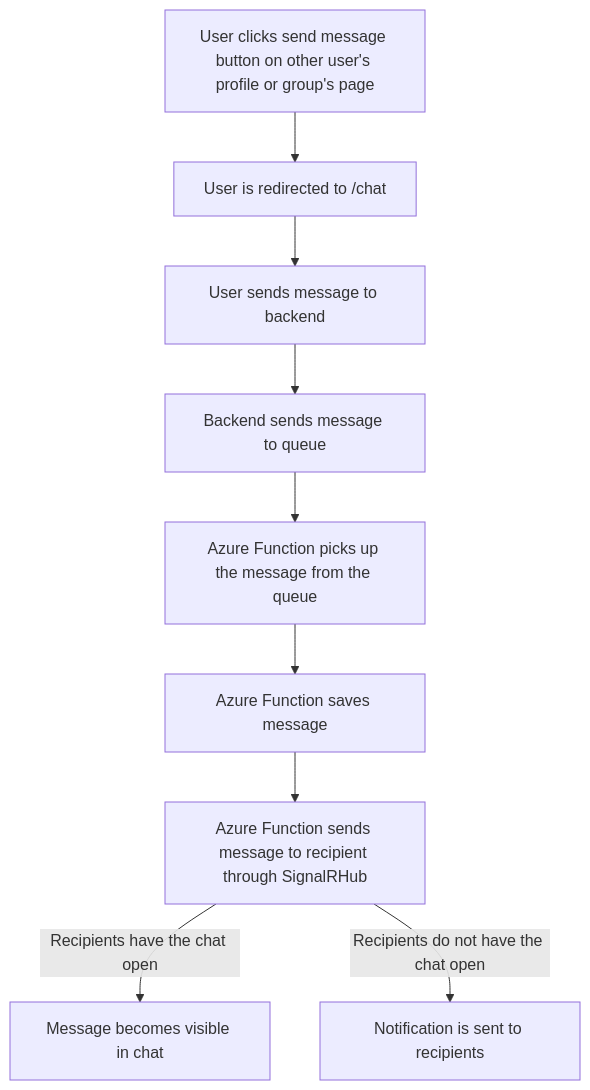
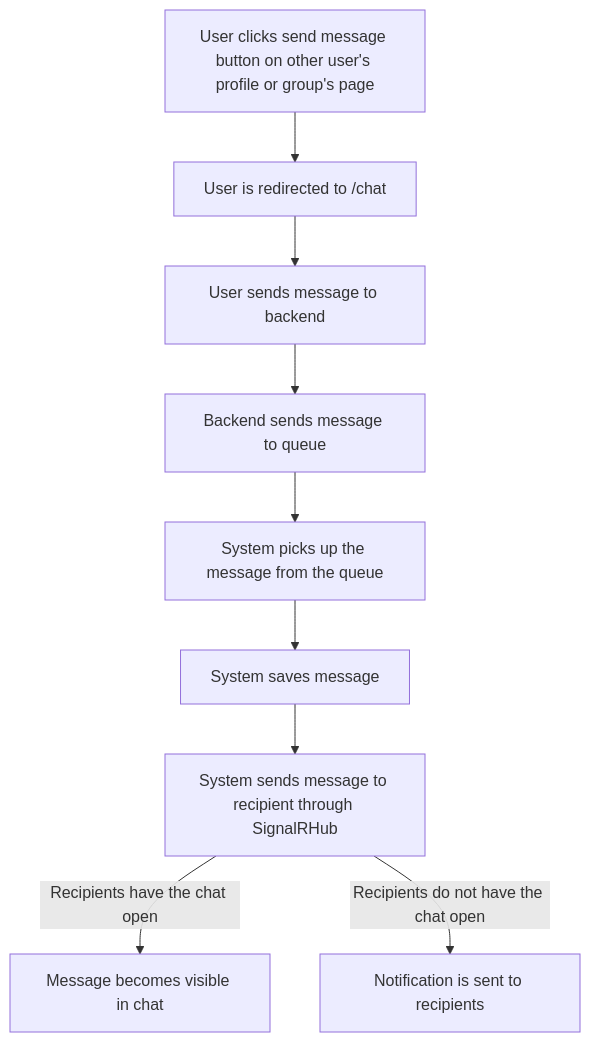
The first of 2 diagrams in docs/chat.md (NielsPilgaard/Jordnaer), drawn with Mermaid before and after one commit. The commit also changed other lines of this file and 19 other files, not shown here.

````diff
--- a/docs/chat.md
+++ b/docs/chat.md
@@ -18,13 +18,13 @@
 ```mermaid
 
 flowchart
   UserClick[User clicks send message button on other user's profile or group's page] --> Redirect[User is redirected to /chat]
   Redirect --> MessageBackend[User sends message to backend]
   MessageBackend --> QueueMessage[Backend sends message to queue]
-  QueueMessage --> PickMessage[Azure Function picks up the message from the queue]
-  PickMessage --> SaveMessage[Azure Function saves message]
-  SaveMessage --> SignalRHub[Azure Function sends message to recipient through SignalRHub]
+  QueueMessage --> PickMessage[System picks up the message from the queue]
+  PickMessage --> SaveMessage[System saves message]
+  SaveMessage --> SignalRHub[System sends message to recipient through SignalRHub]
   SignalRHub -- Recipients have the chat open --> MessageVisible[Message becomes visible in chat]
   SignalRHub -- Recipients do not have the chat open --> Notification[Notification is sent to recipients]
 
 ```
````
